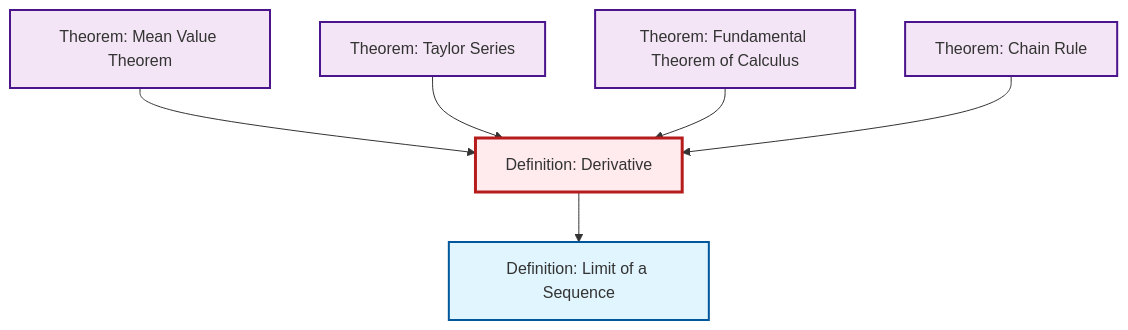
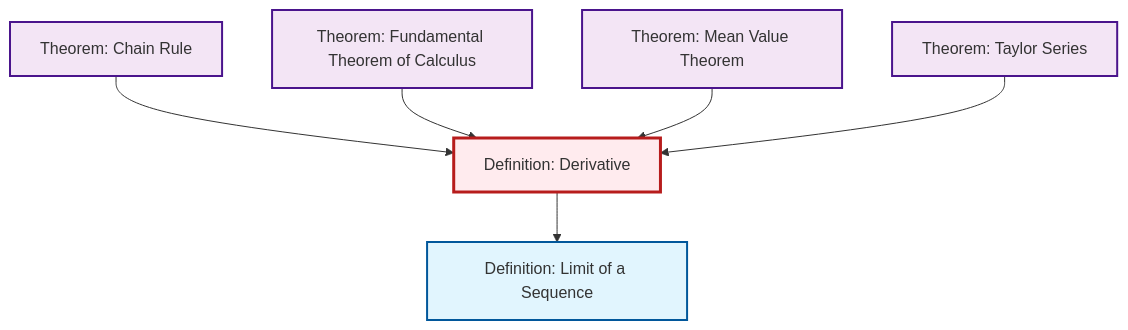
The second of 2 diagrams in content/ja/analysis/def-derivative.qmd (RK0429/ModernMath), drawn with Mermaid before and after one commit. The commit also changed other lines of this file and 619 other files, not shown here.

````diff
--- a/content/ja/analysis/def-derivative.qmd
+++ b/content/ja/analysis/def-derivative.qmd
@@ -89,26 +89,26 @@
 ```{mermaid}
 %%| fig-cap: "Local dependency graph"
 graph TD
     classDef definition fill:#e1f5fe,stroke:#01579b,stroke-width:2px
     classDef theorem fill:#f3e5f5,stroke:#4a148c,stroke-width:2px
     classDef axiom fill:#fff3e0,stroke:#e65100,stroke-width:2px
     classDef example fill:#e8f5e9,stroke:#1b5e20,stroke-width:2px
     classDef current fill:#ffebee,stroke:#b71c1c,stroke-width:3px
+    thm-chain-rule["Theorem: Chain Rule"]:::theorem
     def-derivative["Definition: Derivative"]:::definition
-    thm-mean-value["Theorem: Mean Value Theorem"]:::theorem
-    thm-chain-rule["Theorem: Chain Rule"]:::theorem
-    thm-fundamental-calculus["Theorem: Fundamental Theorem of Calculus"]:::theorem
     thm-taylor-series["Theorem: Taylor Series"]:::theorem
     def-limit["Definition: Limit of a Sequence"]:::definition
+    thm-mean-value["Theorem: Mean Value Theorem"]:::theorem
+    thm-fundamental-calculus["Theorem: Fundamental Theorem of Calculus"]:::theorem
+    thm-chain-rule --> def-derivative
+    def-derivative --> def-limit
+    thm-fundamental-calculus --> def-derivative
     thm-mean-value --> def-derivative
     thm-taylor-series --> def-derivative
-    def-derivative --> def-limit
-    thm-fundamental-calculus --> def-derivative
-    thm-chain-rule --> def-derivative
     class def-derivative current
-    click thm-mean-value "thm-mean-value.html" "Theorem: Mean Value Theoremへ"
     click thm-chain-rule "thm-chain-rule.html" "Theorem: Chain Ruleへ"
-    click thm-fundamental-calculus "thm-fundamental-calculus.html" "Theorem: Fundamental Theorem of Calculusへ"
     click thm-taylor-series "thm-taylor-series.html" "Theorem: Taylor Seriesへ"
     click def-limit "def-limit.html" "Definition: Limit of a Sequenceへ"
+    click thm-mean-value "thm-mean-value.html" "Theorem: Mean Value Theoremへ"
+    click thm-fundamental-calculus "thm-fundamental-calculus.html" "Theorem: Fundamental Theorem of Calculusへ"
 ```
````
